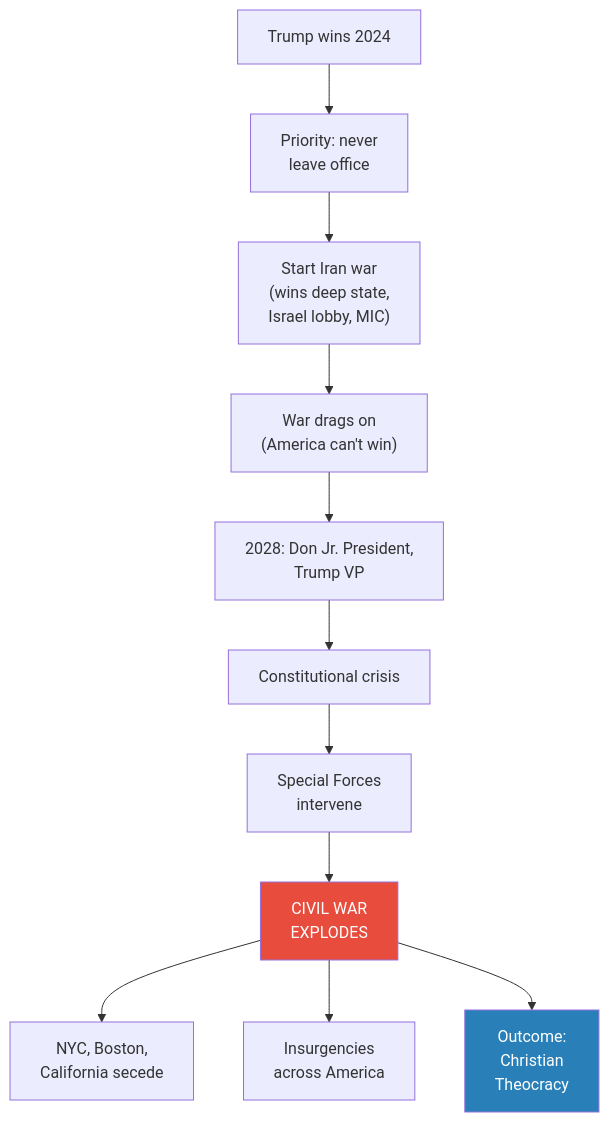
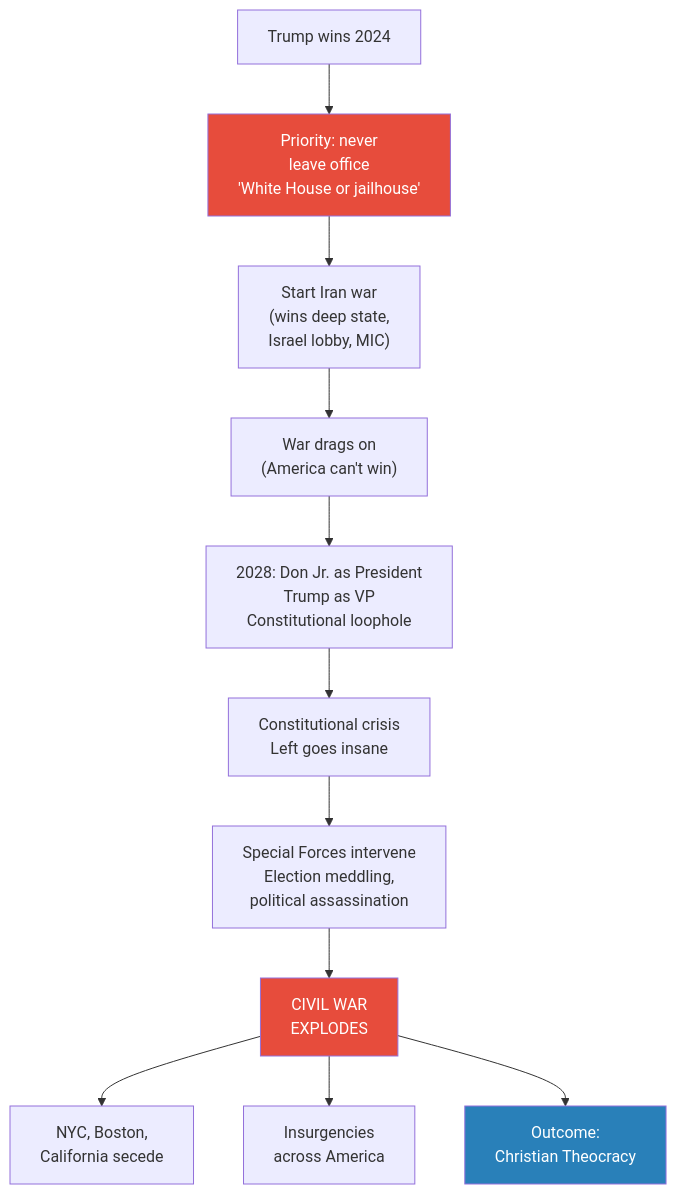
The ninth of 9 diagrams in summaries/Lectures/Geo-Strategy/11 - The Second American Civil War.md (alius33/reader), drawn with Mermaid before and after one commit. The commit also changed other lines of this file and 26 other files, not shown here.

````diff
--- a/summaries/Lectures/Geo-Strategy/11 - The Second American Civil War.md
+++ b/summaries/Lectures/Geo-Strategy/11 - The Second American Civil War.md
@@ -707,16 +512,17 @@
 ```mermaid
 flowchart TB
     T24["Trump wins 2024"]
-    T24 --> P["Priority: never<br/>leave office"]
+    T24 --> P["Priority: never<br/>leave office<br/>'White House or jailhouse'"]
     P --> IW["Start Iran war<br/>(wins deep state,<br/>Israel lobby, MIC)"]
     IW --> D["War drags on<br/>(America can't win)"]
-    D --> VP["2028: Don Jr. President,<br/>Trump VP"]
-    VP --> CC["Constitutional crisis"]
-    CC --> SF["Special Forces<br/>intervene"]
+    D --> VP["2028: Don Jr. as President<br/>Trump as VP<br/>Constitutional loophole"]
+    VP --> CC["Constitutional crisis<br/>Left goes insane"]
+    CC --> SF["Special Forces intervene<br/>Election meddling,<br/>political assassination"]
     SF --> CW["CIVIL WAR<br/>EXPLODES"]
     CW --> NY["NYC, Boston,<br/>California secede"]
     CW --> INS["Insurgencies<br/>across America"]
-    CW --> CT["Outcome:<br/>Christian<br/>Theocracy"]
+    CW --> CT["Outcome:<br/>Christian Theocracy"]
+    style P fill:#e74c3c,color:#fff
     style CW fill:#e74c3c,color:#fff
     style CT fill:#2980b9,color:#fff
 ```
````
